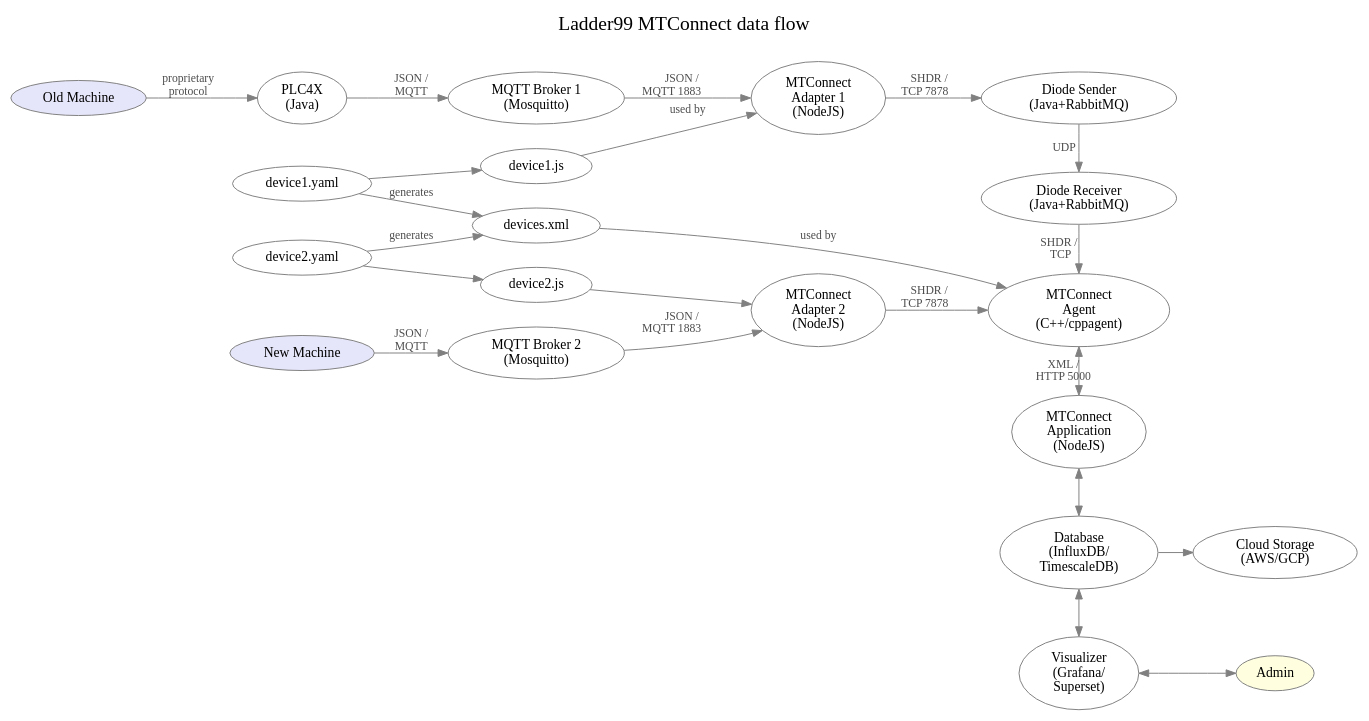
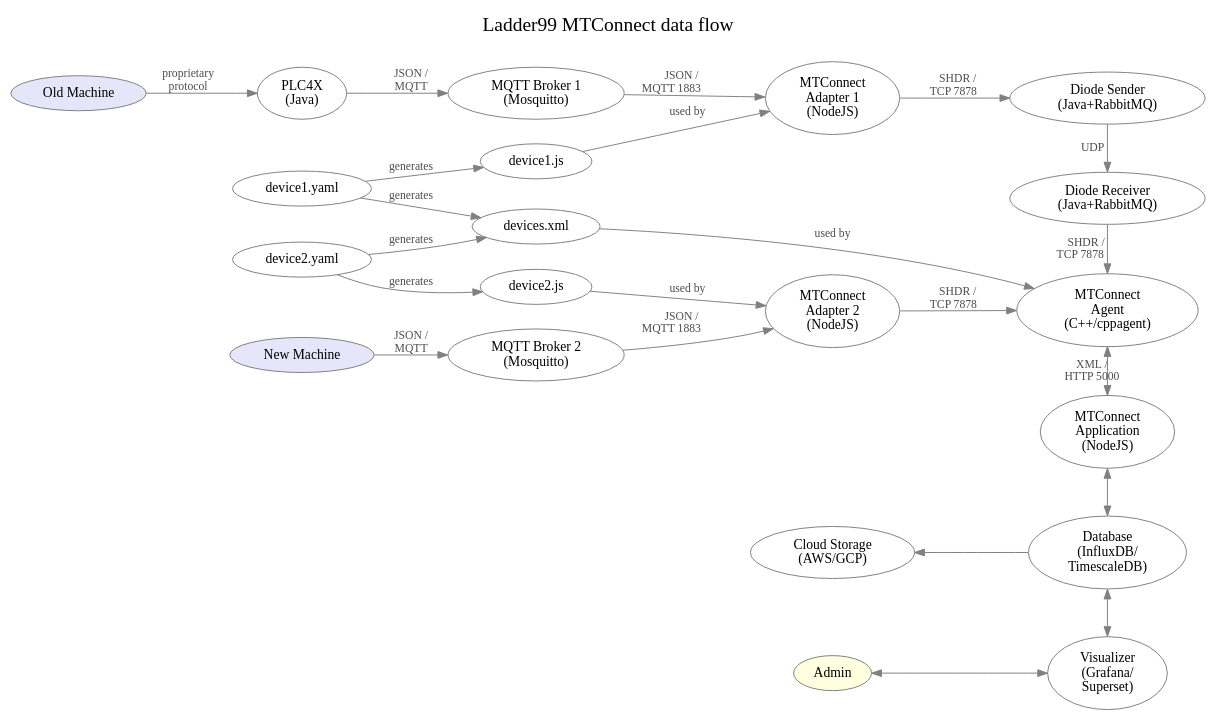
One commit to Ladder99/ladder99 changed the diagram in docs/architecture.dot. Above: the diagram before and after it, drawn with Graphviz. The commit also changed 1 other file, not shown here.

```diff
--- a/docs/architecture.dot
+++ b/docs/architecture.dot
@@ -1,72 +1,73 @@
 digraph "ladder99-adapter" {
 
   // styles
   graph [ label="Ladder99 MTConnect data flow\n "; color=lightgray; ];
   graph [ fontsize=20 ];
   graph [ labelloc=t ];
   graph [ ranksep=0.2 ];
   graph [ nodesep=0.35 ];
   graph [ rankdir=LR; ] // left-to-right
   node [ color=gray; fillcolor=white; style=filled ];
   edge [ color=gray ];
   edge [ fontsize=12; fontcolor=gray30; ];
 
   // nodes
   OldMachine [ fillcolor=lavender; label="Old Machine" ];
   NewMachine [ fillcolor=lavender; label="New Machine" ];
   PLC4X [ label="PLC4X\n(Java)" ];
   Broker1 [ label="MQTT Broker 1\n(Mosquitto)" ];
   Broker2 [ label="MQTT Broker 2\n(Mosquitto)" ];
   Adapter1 [ fillcolor=white; label="MTConnect\nAdapter 1\n(NodeJS)" ];
   Adapter2 [ fillcolor=white; label="MTConnect\nAdapter 2\n(NodeJS)" ];
   Device1Yaml [ label="device1.yaml" ];
   Device1Js [ label="device1.js" ];
   Device2Yaml [ label="device2.yaml" ];
   Device2Js [ label="device2.js" ];
   DiodeSender [ label="Diode Sender\n(Java+RabbitMQ)" ];
   DiodeReceiver [ label="Diode Receiver\n(Java+RabbitMQ)" ];
   Agent [ fillcolor=white; label="MTConnect\nAgent\n(C++/cppagent)" ];
   DevicesXml [ label="devices.xml" ];
   Application [ fillcolor=white; label="MTConnect\nApplication\n(NodeJS)" ];
   Database [ label="Database\n(InfluxDB/\nTimescaleDB)" ];
   Visualizer [ label="Visualizer\n(Grafana/\nSuperset)" ];
   Cloud [ label="Cloud Storage\n(AWS/GCP)" ];
   Admin [ fillcolor=lightyellow ];
   // LOI [ label="LOI\n(SvelteJS)" ];
   // Operator [ fillcolor=lightyellow ];
 
   // edges
   OldMachine -> PLC4X [ label="proprietary\nprotocol" ];
   PLC4X -> Broker1 [ label="JSON / \nMQTT" ];
   NewMachine -> Broker2 [ label="JSON / \nMQTT" ];
   Broker1 -> Adapter1 [ label="JSON /    \nMQTT 1883           " ];
   Broker2 -> Adapter2 [ label="JSON /    \nMQTT 1883           " ];
   Adapter1 -> DiodeSender [ label="SHDR /   \nTCP 7878      " ];
   Adapter2 -> Agent [ label="SHDR /   \nTCP 7878      " ];
-  Device1Yaml -> Device1Js;
+  Device1Yaml -> Device1Js [ label="generates" ];
   Device1Js -> Adapter1 [ label="used by" ];
-  Device2Yaml -> Device2Js;
-  Device2Js -> Adapter2 [ ];
+  Device2Yaml -> Device2Js [ label="generates" ];
+  Device2Js -> Adapter2 [ label="used by" ];
   Device1Yaml -> DevicesXml [ label="generates" ];
   Device2Yaml -> DevicesXml [ label="generates" ];
   DiodeSender -> DiodeReceiver [ label="UDP    " ];
-  DiodeReceiver -> Agent [ label="SHDR /   \nTCP  " ];
+  DiodeReceiver -> Agent [ label="SHDR /    \nTCP 7878        " ];
   // Adapter -> Agent [ label="SHDR/\nTCP 7878" ];
   Agent -> Application [ dir=both; label="XML /\nHTTP 5000" ];
   DevicesXml -> Agent [ label="used by" ];
   Application -> Database [ dir=both ];
   Database -> Visualizer [ dir=both ];
   Database -> Cloud;
   Visualizer -> Admin [ dir=both ];
   // Application -> LOI;
   // LOI -> Operator;
 
   // rank
   // { rank=same; OldMachine NewMachine };
   // { rank=same; Broker1 Broker2 Device1Yaml };
   // { rank=same; Device1Yaml DevicesXml };
   // { rank=same; PLC4X Broker Adapter DiodeSender DiodeReceiver Agent Application Database Visualizer };
   // { rank=same; Adapter1 Adapter2 DevicesXml };
   // { rank=same; DiodeSender DiodeReceiver Agent Application Database Visualizer };
   { rank=same; DiodeSender DiodeReceiver Agent Application Database Visualizer };
+  { rank=same; Adapter1 Adapter2 Cloud Admin };
 }
```
